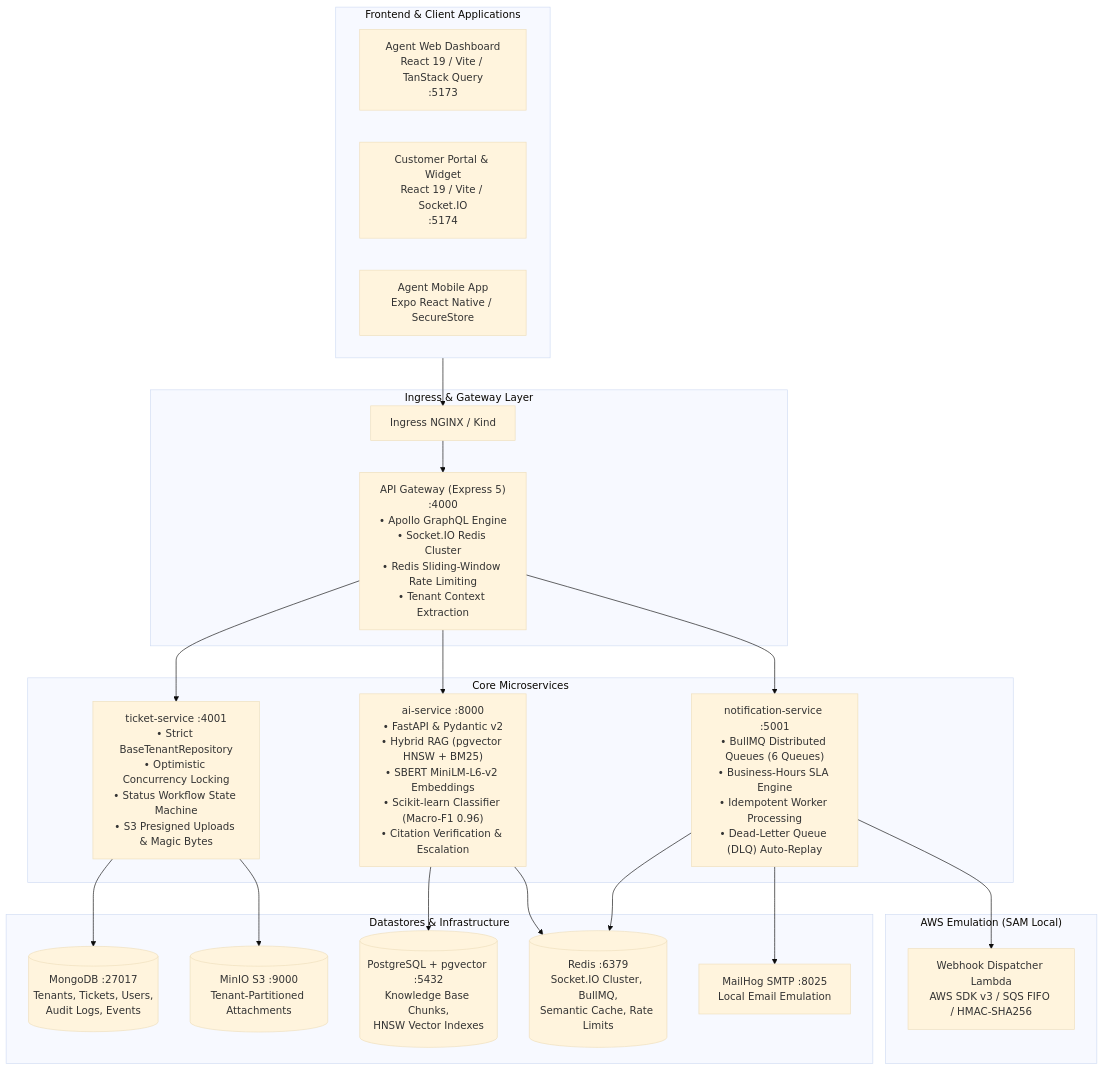
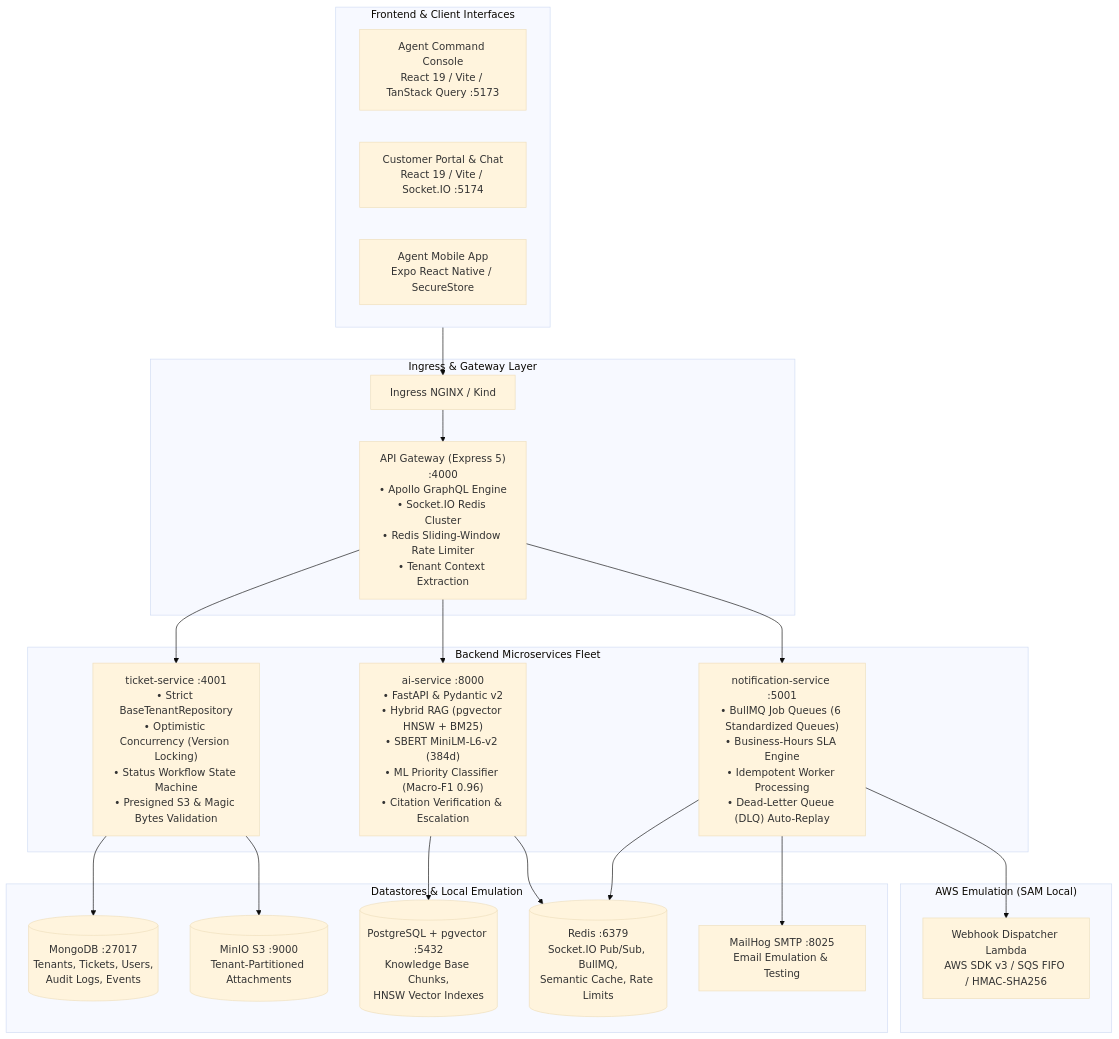
Before and after one commit to Vrund-11/ai_support_system: the diagram in README.md, drawn with Mermaid (base theme). The commit also changed other lines of this file and 2 other files, not shown here.

````diff
--- a/README.md
+++ b/README.md
@@ -218,44 +172,44 @@
 ```mermaid
 flowchart TD
-    subgraph Clients["Frontend & Client Applications"]
-        Web["Agent Web Dashboard<br/>React 19 / Vite / TanStack Query<br/>:5173"]
-        Widget["Customer Portal & Widget<br/>React 19 / Vite / Socket.IO<br/>:5174"]
+    subgraph Clients["Frontend & Client Interfaces"]
+        Web["Agent Command Console<br/>React 19 / Vite / TanStack Query :5173"]
+        Widget["Customer Portal & Chat<br/>React 19 / Vite / Socket.IO :5174"]
         Mobile["Agent Mobile App<br/>Expo React Native / SecureStore"]
     end
 
     subgraph GatewayLayer["Ingress & Gateway Layer"]
         Ingress["Ingress NGINX / Kind"]
-        Gateway["API Gateway (Express 5)<br/>:4000<br/>• Apollo GraphQL Engine<br/>• Socket.IO Redis Cluster<br/>• Redis Sliding-Window Rate Limiting<br/>• Tenant Context Extraction"]
+        Gateway["API Gateway (Express 5)<br/>:4000<br/>• Apollo GraphQL Engine<br/>• Socket.IO Redis Cluster<br/>• Redis Sliding-Window Rate Limiter<br/>• Tenant Context Extraction"]
     end
 
-    subgraph Services["Core Microservices"]
-        TicketService["ticket-service :4001<br/>• Strict BaseTenantRepository<br/>• Optimistic Concurrency Locking<br/>• Status Workflow State Machine<br/>• S3 Presigned Uploads & Magic Bytes"]
-        AIService["ai-service :8000<br/>• FastAPI & Pydantic v2<br/>• Hybrid RAG (pgvector HNSW + BM25)<br/>• SBERT MiniLM-L6-v2 Embeddings<br/>• Scikit-learn Classifier (Macro-F1 0.96)<br/>• Citation Verification & Escalation"]
-        NotifService["notification-service :5001<br/>• BullMQ Distributed Queues (6 Queues)<br/>• Business-Hours SLA Engine<br/>• Idempotent Worker Processing<br/>• Dead-Letter Queue (DLQ) Auto-Replay"]
+    subgraph Microservices["Backend Microservices Fleet"]
+        TicketService["ticket-service :4001<br/>• Strict BaseTenantRepository<br/>• Optimistic Concurrency (Version Locking)<br/>• Status Workflow State Machine<br/>• Presigned S3 & Magic Bytes Validation"]
+        AIService["ai-service :8000<br/>• FastAPI & Pydantic v2<br/>• Hybrid RAG (pgvector HNSW + BM25)<br/>• SBERT MiniLM-L6-v2 (384d)<br/>• ML Priority Classifier (Macro-F1 0.96)<br/>• Citation Verification & Escalation"]
+        NotifService["notification-service :5001<br/>• BullMQ Job Queues (6 Standardized Queues)<br/>• Business-Hours SLA Engine<br/>• Idempotent Worker Processing<br/>• Dead-Letter Queue (DLQ) Auto-Replay"]
     end
 
-    subgraph Datastores["Datastores & Infrastructure"]
+    subgraph Datastores["Datastores & Local Emulation"]
         Mongo[("MongoDB :27017<br/>Tenants, Tickets, Users,<br/>Audit Logs, Events")]
         Postgres[("PostgreSQL + pgvector :5432<br/>Knowledge Base Chunks,<br/>HNSW Vector Indexes")]
-        Redis[("Redis :6379<br/>Socket.IO Cluster, BullMQ,<br/>Semantic Cache, Rate Limits")]
+        Redis[("Redis :6379<br/>Socket.IO Pub/Sub, BullMQ,<br/>Semantic Cache, Rate Limits")]
         MinIO[("MinIO S3 :9000<br/>Tenant-Partitioned Attachments")]
-        MailHog["MailHog SMTP :8025<br/>Local Email Emulation"]
+        MailHog["MailHog SMTP :8025<br/>Email Emulation & Testing"]
     end
 
     subgraph Serverless["AWS Emulation (SAM Local)"]
         Lambda["Webhook Dispatcher Lambda<br/>AWS SDK v3 / SQS FIFO / HMAC-SHA256"]
     end
 
     Clients --> Ingress --> Gateway
     Gateway --> TicketService
     Gateway --> AIService
     Gateway --> NotifService
 
     TicketService --> Mongo
     TicketService --> MinIO
     AIService --> Postgres
     AIService --> Redis
     NotifService --> Redis
     NotifService --> MailHog
     NotifService --> Lambda
 ```
````
